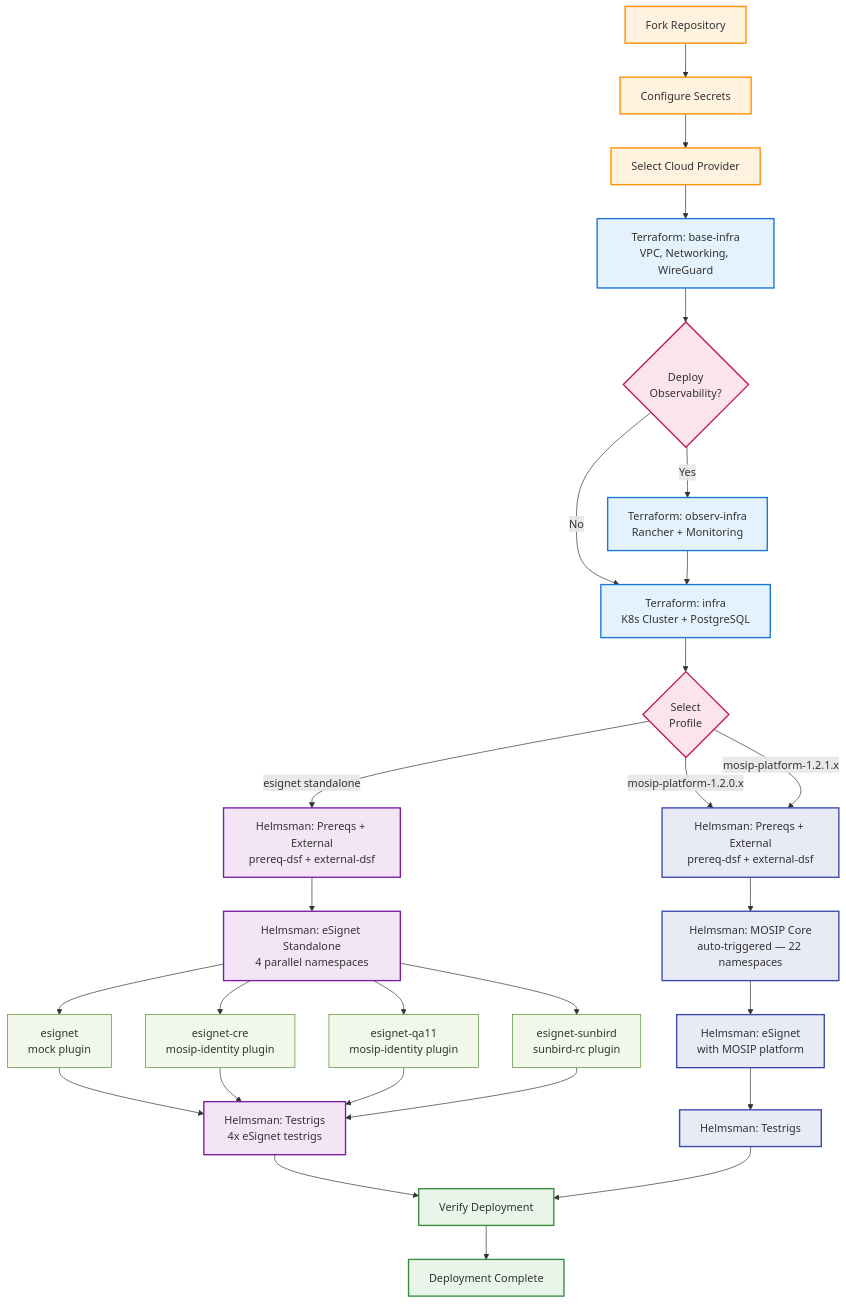
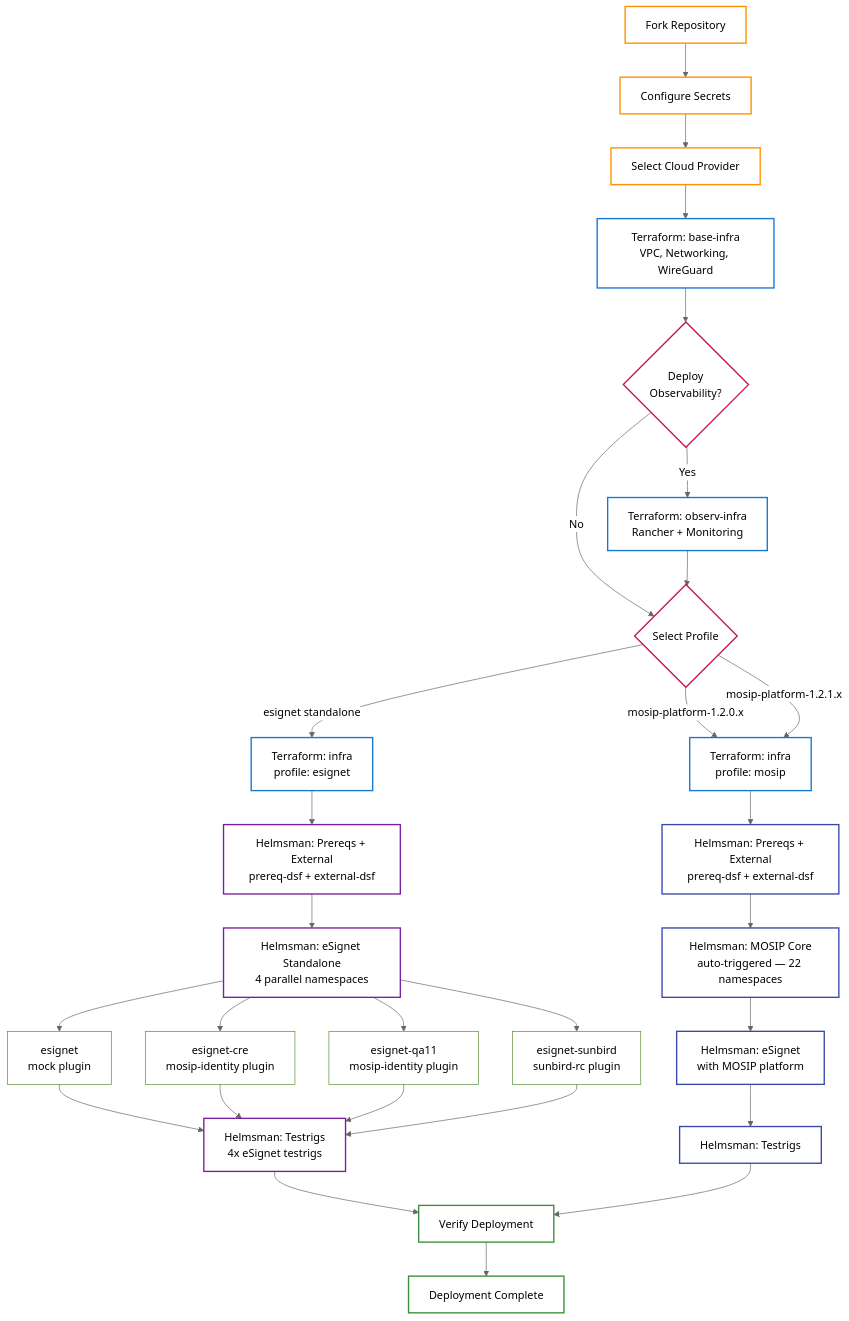
One commit to mosip/infra changed the diagram in README.md. Above: the diagram before and after it, drawn with Mermaid.

Commit message:
docs: move profile selection before Terraform infra and fix dark theme diagram
- Profile selection now branches before Terraform infra (applies to both
  infra tfvars and Helmsman DSF, not just Helmsman)
- Add theme: neutral init directive so diagram renders correctly in both
  light and dark GitHub themes
- Replace light pastel fills with transparent fills + colored strokes —
  pastel fills were unreadable on dark backgrounds

````diff
--- a/README.md
+++ b/README.md
@@ -28,60 +28,62 @@
 ```mermaid
+%%{init: {'theme': 'neutral'}}%%
 graph TB
     %% Prerequisites
     A[Fork Repository] --> B[Configure Secrets]
     B --> C[Select Cloud Provider]
 
     %% Infrastructure Phase
     C --> D[Terraform: base-infra<br/>VPC, Networking, WireGuard]
-    D --> E{Deploy<br/>Observability?}
-    E -->|Yes| F[Terraform: observ-infra<br/>Rancher + Monitoring]
-    E -->|No| G[Terraform: infra<br/>K8s Cluster + PostgreSQL]
-    F --> G
+    D --> OBS{Deploy<br/>Observability?}
+    OBS -->|Yes| F[Terraform: observ-infra<br/>Rancher + Monitoring]
+    OBS -->|No| PS
+    F --> PS
 
-    %% Profile Selection
-    G --> PS{Select<br/>Profile}
+    %% Profile Selection — drives both Terraform infra and Helmsman DSF
+    PS{Select Profile}
+    PS -->|esignet standalone| TF_ES[Terraform: infra<br/>profile: esignet]
+    PS -->|mosip-platform-1.2.0.x| TF_MP[Terraform: infra<br/>profile: mosip]
+    PS -->|mosip-platform-1.2.1.x| TF_MP
 
     %% ── eSignet Standalone Flow ──────────────────────────────
-    PS -->|esignet standalone| ES_EXT[Helmsman: Prereqs + External<br/>prereq-dsf + external-dsf]
+    TF_ES --> ES_EXT[Helmsman: Prereqs + External<br/>prereq-dsf + external-dsf]
     ES_EXT --> ES_ESIGNET[Helmsman: eSignet Standalone<br/>4 parallel namespaces]
 
     ES_ESIGNET --> NS1[esignet<br/>mock plugin]
     ES_ESIGNET --> NS2[esignet-cre<br/>mosip-identity plugin]
     ES_ESIGNET --> NS3[esignet-qa11<br/>mosip-identity plugin]
     ES_ESIGNET --> NS4[esignet-sunbird<br/>sunbird-rc plugin]
 
     NS1 --> ES_TRIGS[Helmsman: Testrigs<br/>4x eSignet testrigs]
     NS2 --> ES_TRIGS
     NS3 --> ES_TRIGS
     NS4 --> ES_TRIGS
 
     %% ── MOSIP Platform Flow ──────────────────────────────────
-    PS -->|mosip-platform-1.2.0.x| MP_EXT[Helmsman: Prereqs + External<br/>prereq-dsf + external-dsf]
-    PS -->|mosip-platform-1.2.1.x| MP_EXT
-
+    TF_MP --> MP_EXT[Helmsman: Prereqs + External<br/>prereq-dsf + external-dsf]
     MP_EXT --> MP_MOSIP[Helmsman: MOSIP Core<br/>auto-triggered — 22 namespaces]
     MP_MOSIP --> MP_ESIGNET[Helmsman: eSignet<br/>with MOSIP platform]
     MP_ESIGNET --> MP_TRIGS[Helmsman: Testrigs]
 
     %% Final Verification
     ES_TRIGS --> V[Verify Deployment]
     MP_TRIGS --> V
     V --> DONE[Deployment Complete]
 
-    %% Styling
-    classDef prereq fill:#fff3e0,stroke:#ff8f00,stroke-width:2px
-    classDef terraform fill:#e3f2fd,stroke:#1976d2,stroke-width:2px
-    classDef helmsman fill:#f3e5f5,stroke:#7b1fa2,stroke-width:2px
-    classDef mosip fill:#e8eaf6,stroke:#3949ab,stroke-width:2px
-    classDef ns fill:#f1f8e9,stroke:#558b2f,stroke-width:1px
-    classDef success fill:#e8f5e8,stroke:#388e3c,stroke-width:2px
-    classDef decision fill:#fce4ec,stroke:#c2185b,stroke-width:2px
+    %% Styling — transparent fills for readability in both light and dark themes
+    classDef prereq fill:none,stroke:#ff8f00,stroke-width:2px
+    classDef terraform fill:none,stroke:#1976d2,stroke-width:2px
+    classDef helmsman fill:none,stroke:#7b1fa2,stroke-width:2px
+    classDef mosip fill:none,stroke:#3949ab,stroke-width:2px
+    classDef ns fill:none,stroke:#558b2f,stroke-width:1px
+    classDef success fill:none,stroke:#388e3c,stroke-width:2px
+    classDef decision fill:none,stroke:#c2185b,stroke-width:2px
 
     class A,B,C prereq
-    class D,F,G terraform
-    class ES_EXT,ES_ESIGNET,ES_SIGNUP,ES_TRIGS helmsman
+    class D,F,TF_ES,TF_MP terraform
+    class ES_EXT,ES_ESIGNET,ES_TRIGS helmsman
     class MP_EXT,MP_MOSIP,MP_ESIGNET,MP_TRIGS mosip
     class NS1,NS2,NS3,NS4 ns
     class V,DONE success
-    class E,PS decision
+    class OBS,PS decision
 ```
````
